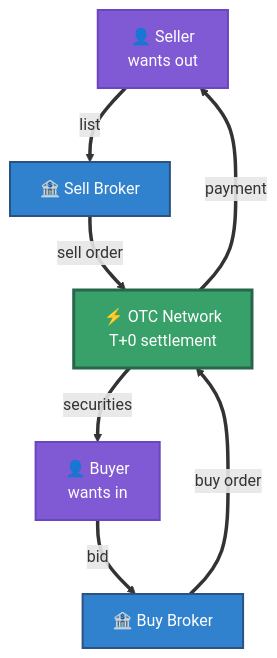
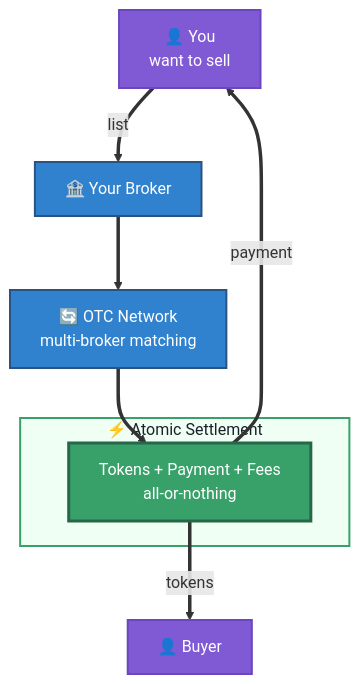
Before and after one commit to hrbrlife/sailsto_website: the ninth of 16 diagrams in hugo-site/content/players.md, drawn with Mermaid. The commit also changed other lines of this file and 89 other files, not shown here.

```diff
--- a/hugo-site/content/players.md
+++ b/hugo-site/content/players.md
@@ -265,19 +418,21 @@
         <div class="mermaid">
         flowchart TD
-            SELL["👤 Seller&lt;br/&gt;wants out"]
-            BUY["👤 Buyer&lt;br/&gt;wants in"]
-            SB["🏦 Sell Broker"]
-            BB["🏦 Buy Broker"]
-            OTC["⚡ OTC Network&lt;br/&gt;T+0 settlement"]
-            SELL ==>|"list"| SB
-            BUY ==>|"bid"| BB
-            SB ==>|"sell order"| OTC
-            BB ==>|"buy order"| OTC
-            OTC ==>|"securities"| BUY
-            OTC ==>|"payment"| SELL
-            style SELL fill:#805ad5,color:#fff,stroke:#6b46c1,stroke-width:2px
-            style SB fill:#3182ce,color:#fff,stroke:#2c5282,stroke-width:2px
-            style OTC fill:#38a169,color:#fff,stroke:#276749,stroke-width:3px
-            style BB fill:#3182ce,color:#fff,stroke:#2c5282,stroke-width:2px
-            style BUY fill:#805ad5,color:#fff,stroke:#6b46c1,stroke-width:2px
+            YOU["👤 You&lt;br/&gt;want to sell"]
+            BRK["🏦 Your Broker"]
+            NET["🔄 OTC Network&lt;br/&gt;multi-broker matching"]
+            subgraph ATOMIC["⚡ Atomic Settlement"]
+                TX["Tokens + Payment + Fees&lt;br/&gt;all-or-nothing"]
+            end
+            BUYER["👤 Buyer"]
+            YOU ==>|"list"| BRK
+            BRK ==> NET
+            NET ==> TX
+            TX ==>|"payment"| YOU
+            TX ==>|"tokens"| BUYER
+            style YOU fill:#805ad5,color:#fff,stroke:#6b46c1,stroke-width:2px
+            style BRK fill:#3182ce,color:#fff,stroke:#2c5282,stroke-width:2px
+            style NET fill:#3182ce,color:#fff,stroke:#2c5282,stroke-width:2px
+            style ATOMIC fill:#f0fff4,color:#1a202c,stroke:#38a169,stroke-width:2px
+            style TX fill:#38a169,color:#fff,stroke:#276749,stroke-width:3px
+            style BUYER fill:#805ad5,color:#fff,stroke:#6b46c1,stroke-width:2px
         </div>
```
